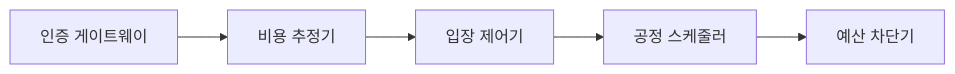
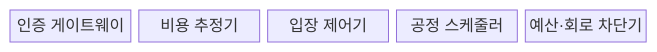
The first of 2 diagrams in src/content/docs/notes/05-security/087_model_denial_of_service.md (agnusdei1207/knowledge-base), drawn with Mermaid before and after one commit. The commit also changed other lines of this file and 6 other files, not shown here.

````diff
--- a/src/content/docs/notes/05-security/087_model_denial_of_service.md
+++ b/src/content/docs/notes/05-security/087_model_denial_of_service.md
@@ -55,7 +57,9 @@
 ```mermaid
-flowchart LR
-    A[인증 게이트웨이] --> C[비용 추정기]
-    C --> I[입장 제어기]
-    I --> S[공정 스케줄러]
-    S --> B[예산 차단기]
+block-beta
+  columns 5
+  A["인증 게이트웨이"]
+  B["비용 추정기"]
+  C["입장 제어기"]
+  D["공정 스케줄러"]
+  E["예산·회로 차단기"]
 ```
````
